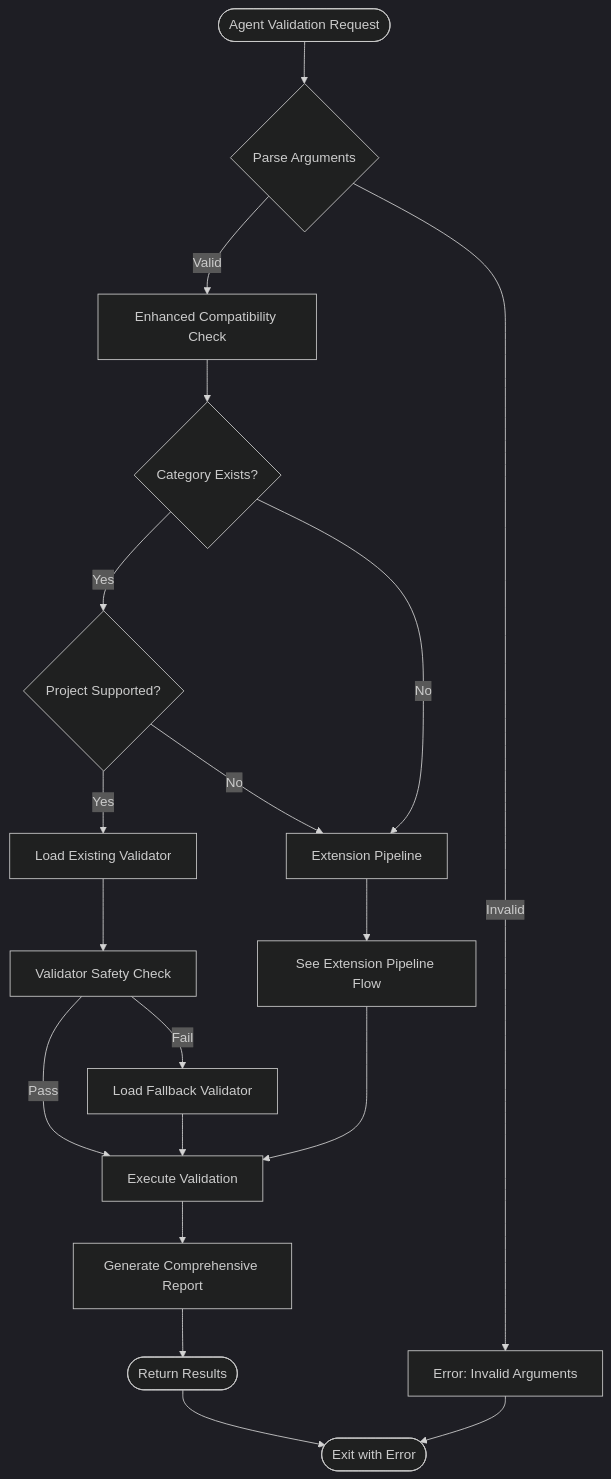
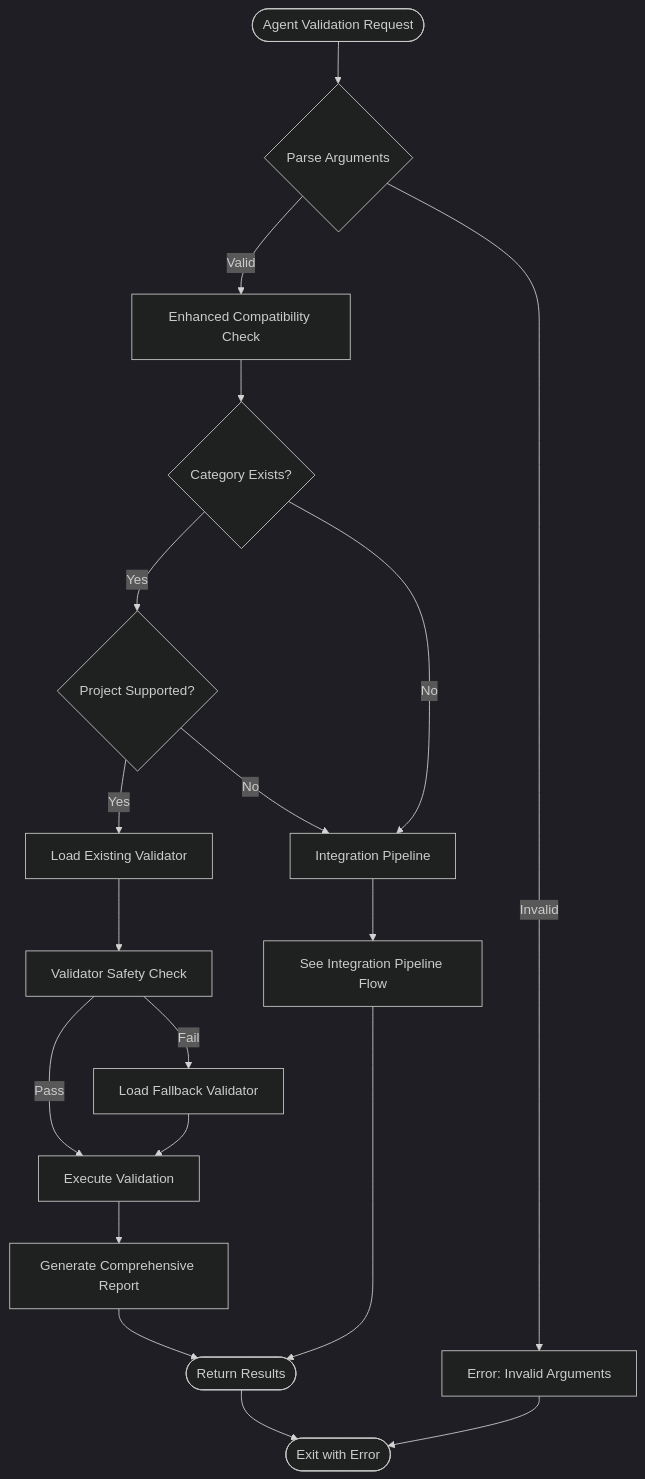
One commit to Dub1n/phoenix changed the fourth of 6 diagrams in scripts/validation/docs/architecture/VALIDATION-SYSTEM-ARCHITECTURE-README.md. Above: the diagram before and after it, drawn with Mermaid (dark theme). The commit also changed other lines of this file and 38 other files, not shown here.

````diff
--- a/scripts/validation/docs/architecture/VALIDATION-SYSTEM-ARCHITECTURE-README.md
+++ b/scripts/validation/docs/architecture/VALIDATION-SYSTEM-ARCHITECTURE-README.md
@@ -211,27 +244,27 @@
 ```mermaid
 flowchart TD
     Start([Agent Validation Request]) --> Input{Parse Arguments}
     Input -->|Valid| CompatCheck[Enhanced Compatibility Check]
     Input -->|Invalid| ErrorExit[Error: Invalid Arguments]
-    
+
     CompatCheck --> CategoryExists{Category Exists?}
     CategoryExists -->|Yes| ProjectSupport{Project Supported?}
-    CategoryExists -->|No| ExtensionPipeline[Extension Pipeline]
-    
+    CategoryExists -->|No| IntegrationPipeline[Integration Pipeline]
+
     ProjectSupport -->|Yes| LoadValidator[Load Existing Validator]
-    ProjectSupport -->|No| ExtensionPipeline
-    
+    ProjectSupport -->|No| IntegrationPipeline
+
     LoadValidator --> SafetyCheck[Validator Safety Check]
     SafetyCheck -->|Pass| ExecuteValidation[Execute Validation]
     SafetyCheck -->|Fail| LoadFallback[Load Fallback Validator]
     LoadFallback --> ExecuteValidation
-    
+
     ExecuteValidation --> GenerateReport[Generate Comprehensive Report]
     GenerateReport --> Success([Return Results])
-    
-    ExtensionPipeline --> ExtensionFlow[See Extension Pipeline Flow]
-    ExtensionFlow --> ExecuteValidation
-    
+
+    IntegrationPipeline --> IntegrationFlow[See Integration Pipeline Flow]
+    IntegrationFlow --> Success
+
     ErrorExit --> End([Exit with Error])
     Success --> End
 ```
````
